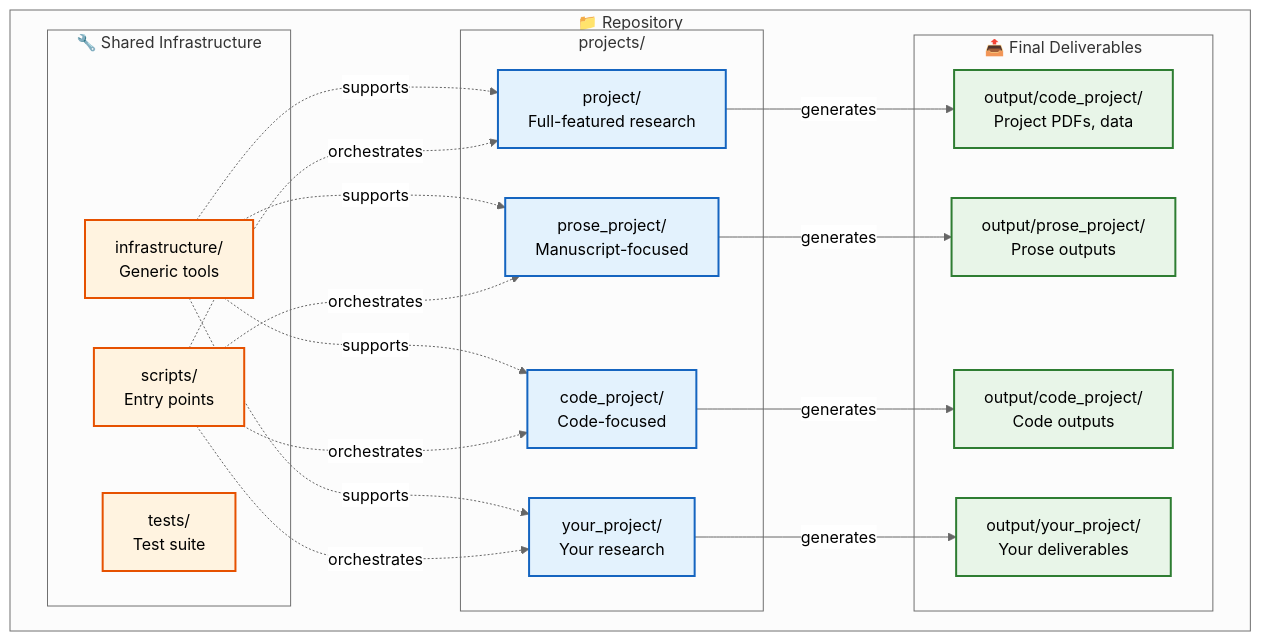
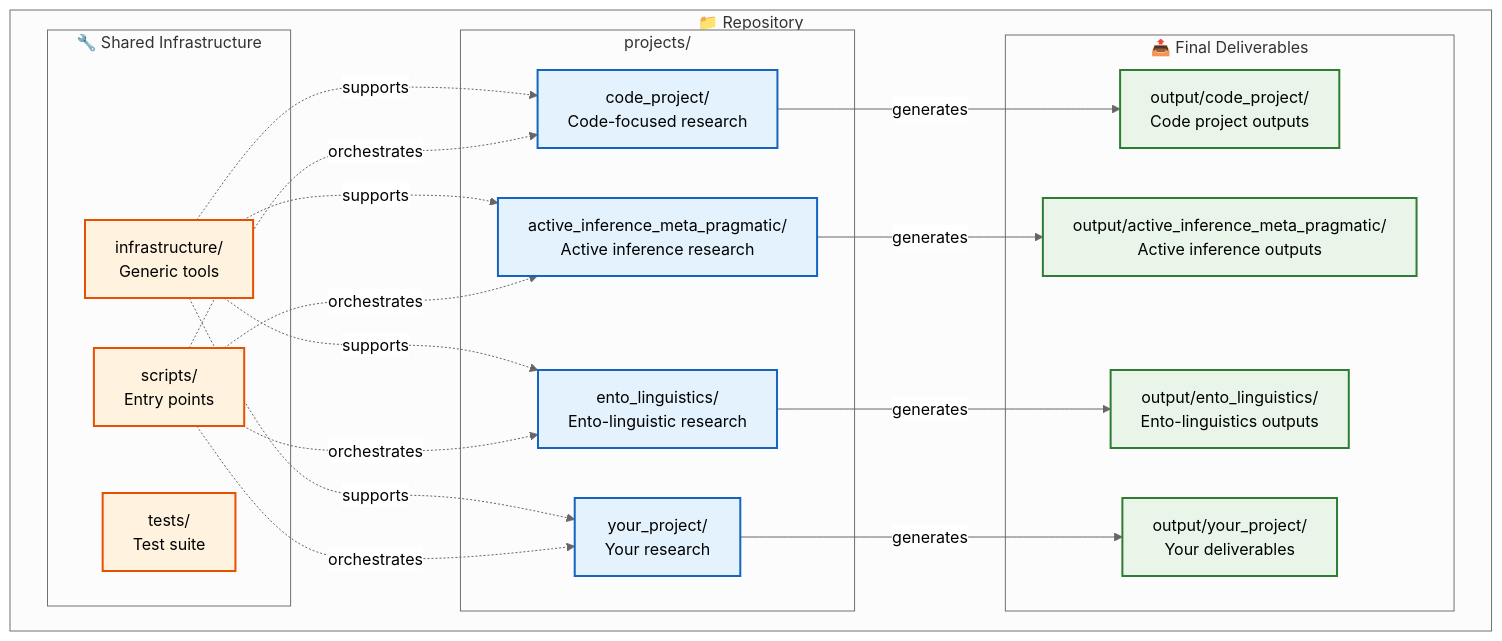
The third of 14 diagrams in README.md (docxology/template), drawn with Mermaid (neutral theme) before and after one commit. The commit also changed other lines of this file and 1095 other files, not shown here.

````diff
--- a/README.md
+++ b/README.md
@@ -233,47 +233,47 @@
 ```mermaid
 graph TB
     subgraph Repository["📁 Repository"]
         subgraph Projects["projects/"]
-            P1[project/<br/>Full-featured research]
-            P2[prose_project/<br/>Manuscript-focused]
-            P3[code_project/<br/>Code-focused]
+            P1[code_project/<br/>Code-focused research]
+            P2[active_inference_meta_pragmatic/<br/>Active inference research]
+            P3[ento_linguistics/<br/>Ento-linguistic research]
             PN[your_project/<br/>Your research]
         end
 
         subgraph Shared["🔧 Shared Infrastructure"]
             INFRA[infrastructure/<br/>Generic tools]
             SCRIPTS[scripts/<br/>Entry points]
             TESTS[tests/<br/>Test suite]
         end
 
         subgraph Output["📤 Final Deliverables"]
-            OUT1[output/code_project/<br/>Project PDFs, data]
-            OUT2[output/prose_project/<br/>Prose outputs]
-            OUT3[output/code_project/<br/>Code outputs]
+            OUT1[output/code_project/<br/>Code project outputs]
+            OUT2[output/active_inference_meta_pragmatic/<br/>Active inference outputs]
+            OUT3[output/ento_linguistics/<br/>Ento-linguistics outputs]
             OUTN[output/your_project/<br/>Your deliverables]
         end
     end
 
     P1 -->|generates| OUT1
     P2 -->|generates| OUT2
     P3 -->|generates| OUT3
     PN -->|generates| OUTN
 
     INFRA -.->|supports| P1
     INFRA -.->|supports| P2
     INFRA -.->|supports| P3
     INFRA -.->|supports| PN
 
     SCRIPTS -.->|orchestrates| P1
     SCRIPTS -.->|orchestrates| P2
     SCRIPTS -.->|orchestrates| P3
     SCRIPTS -.->|orchestrates| PN
 
     classDef project fill:#e3f2fd,stroke:#1565c0,stroke-width:2px
     classDef shared fill:#fff3e0,stroke:#e65100,stroke-width:2px
     classDef output fill:#e8f5e8,stroke:#2e7d32,stroke-width:2px
 
     class P1,P2,P3,PN project
     class INFRA,SCRIPTS,TESTS shared
     class OUT1,OUT2,OUT3,OUTN output
 ```
````
